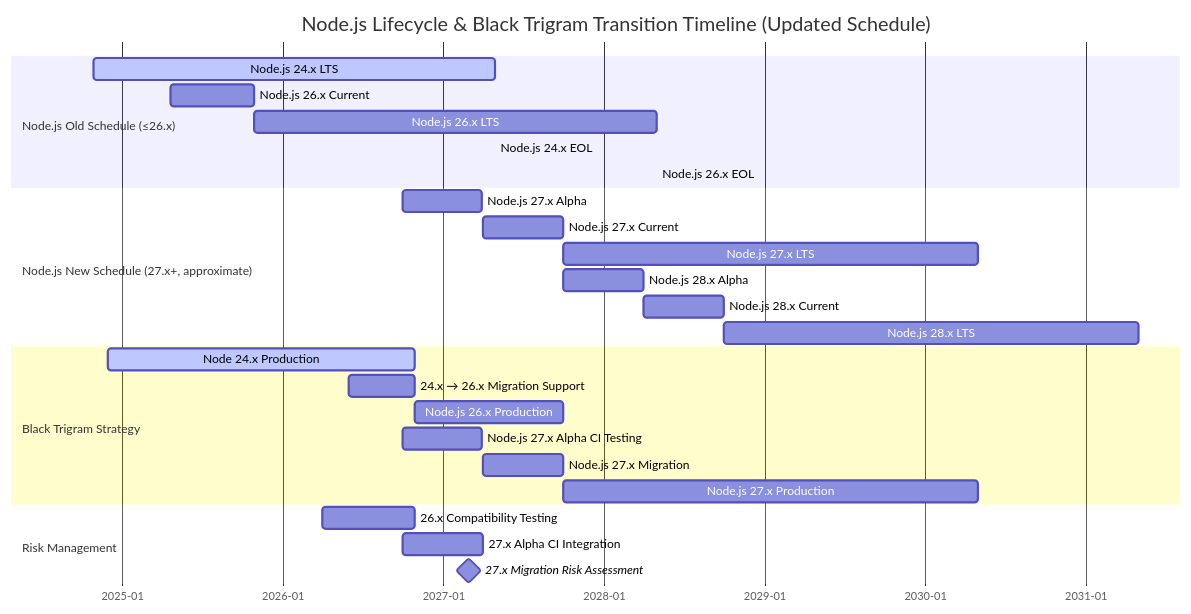
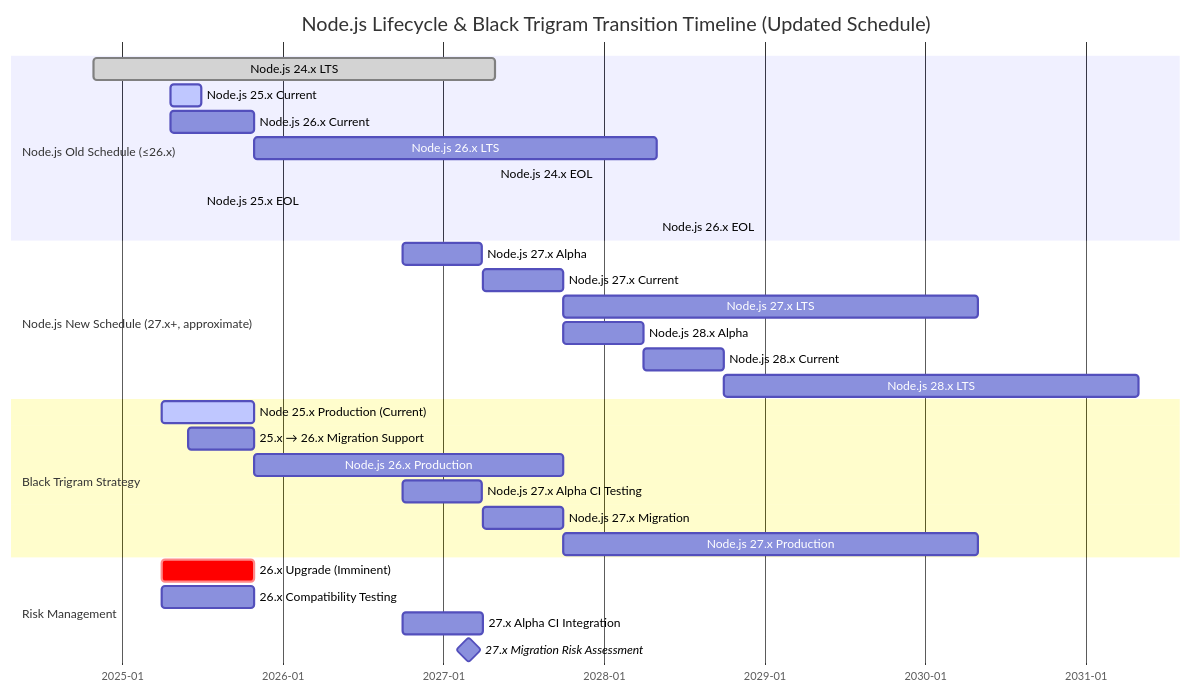
Before and after one commit to Hack23/blacktrigram: the second of 8 diagrams in End-of-Life-Strategy.md, drawn with Mermaid. The commit also changed other lines of this file and 31 other files, not shown here.

````diff
--- a/End-of-Life-Strategy.md
+++ b/End-of-Life-Strategy.md
@@ -174,34 +175,37 @@
 ```mermaid
 gantt
     title Node.js Lifecycle & Black Trigram Transition Timeline (Updated Schedule)
     dateFormat YYYY-MM-DD
     axisFormat %Y-%m
 
     section Node.js Old Schedule (≤26.x)
-    Node.js 24.x LTS        :active, node24lts, 2024-10-29, 2027-04-30
+    Node.js 24.x LTS        :done, node24lts, 2024-10-29, 2027-04-30
+    Node.js 25.x Current     :active, node25c, 2025-04-22, 2025-06-30
     Node.js 26.x Current     :node26c, 2025-04-22, 2025-10-28
     Node.js 26.x LTS         :node26lts, 2025-10-28, 2028-04-30
     Node.js 24.x EOL         :crit, node24eol, 2027-04-30, 0d
+    Node.js 25.x EOL         :crit, node25eol, 2025-06-30, 0d
     Node.js 26.x EOL         :crit, node26eol, 2028-04-30, 0d
 
     section Node.js New Schedule (27.x+, approximate)
     Node.js 27.x Alpha       :node27a, 2026-10-01, 2027-03-31
     Node.js 27.x Current     :node27c, 2027-04-01, 2027-09-30
     Node.js 27.x LTS         :node27lts, 2027-10-01, 2030-04-30
     Node.js 28.x Alpha       :node28a, 2027-10-01, 2028-03-31
     Node.js 28.x Current     :node28c, 2028-04-01, 2028-09-30
     Node.js 28.x LTS         :node28lts, 2028-10-01, 2031-04-30
 
     section Black Trigram Strategy
-    Node 24.x Production          :active, bt24prod, 2024-12-01, 2026-10-28
-    24.x → 26.x Migration Support :bt24mig, 2026-06-01, 2026-10-28
-    Node.js 26.x Production       :bt26prod, 2026-10-28, 2027-09-30
-    Node.js 27.x Alpha CI Testing :bt27alpha, 2026-10-01, 2027-03-31
-    Node.js 27.x Migration        :bt27mig, 2027-04-01, 2027-09-30
-    Node.js 27.x Production       :bt27prod, 2027-10-01, 2030-04-30
+    Node 25.x Production (Current)  :active, bt25prod, 2025-04-01, 2025-10-28
+    25.x → 26.x Migration Support   :bt25mig, 2025-06-01, 2025-10-28
+    Node.js 26.x Production          :bt26prod, 2025-10-28, 2027-09-30
+    Node.js 27.x Alpha CI Testing    :bt27alpha, 2026-10-01, 2027-03-31
+    Node.js 27.x Migration           :bt27mig, 2027-04-01, 2027-09-30
+    Node.js 27.x Production          :bt27prod, 2027-10-01, 2030-04-30
 
     section Risk Management
-    26.x Compatibility Testing    :compat26, 2026-04-01, 2026-10-28
-    27.x Alpha CI Integration     :alphaci, 2026-10-01, 2027-04-01
-    27.x Migration Risk Assessment :milestone, riskassess27, 2027-03-01, 0d
+    26.x Upgrade (Imminent)          :crit, upgrade26, 2025-04-01, 2025-10-28
+    26.x Compatibility Testing       :compat26, 2025-04-01, 2025-10-28
+    27.x Alpha CI Integration        :alphaci, 2026-10-01, 2027-04-01
+    27.x Migration Risk Assessment   :milestone, riskassess27, 2027-03-01, 0d
 ```
````
